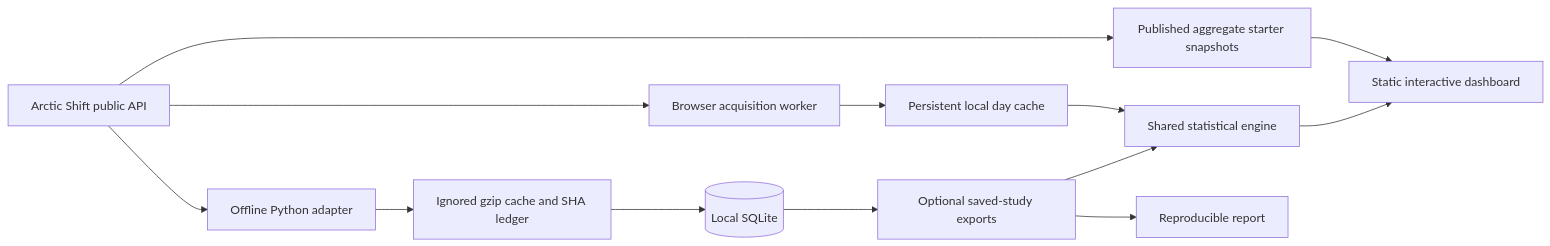
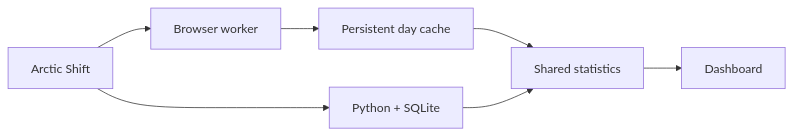
Before and after one commit to aaditya-v-more/reddit-activity-lab: the diagram in README.md, drawn with Mermaid. The commit also changed other lines of this file and 4 other files, not shown here.

````diff
--- a/README.md
+++ b/README.md
@@ -47,15 +58,9 @@
 ```mermaid
 flowchart LR
-  API[Arctic Shift public API] --> W[Browser acquisition worker]
-  API --> S[Published aggregate starter snapshots]
-  S --> UI
-  W --> C[Persistent local day cache]
-  C --> JS[Shared statistical engine]
-  JS --> UI[Static interactive dashboard]
-  API --> P[Offline Python adapter]
-  P --> RAW[Ignored gzip cache and SHA ledger]
-  RAW --> DB[(Local SQLite)]
-  DB --> E[Optional saved-study exports]
-  E --> JS
-  E --> R[Reproducible report]
+  A[Arctic Shift] --> W[Browser worker]
+  W --> C[Persistent day cache]
+  C --> S[Shared statistics]
+  S --> D[Dashboard]
+  A --> P[Python + SQLite]
+  P --> S
 ```
````
